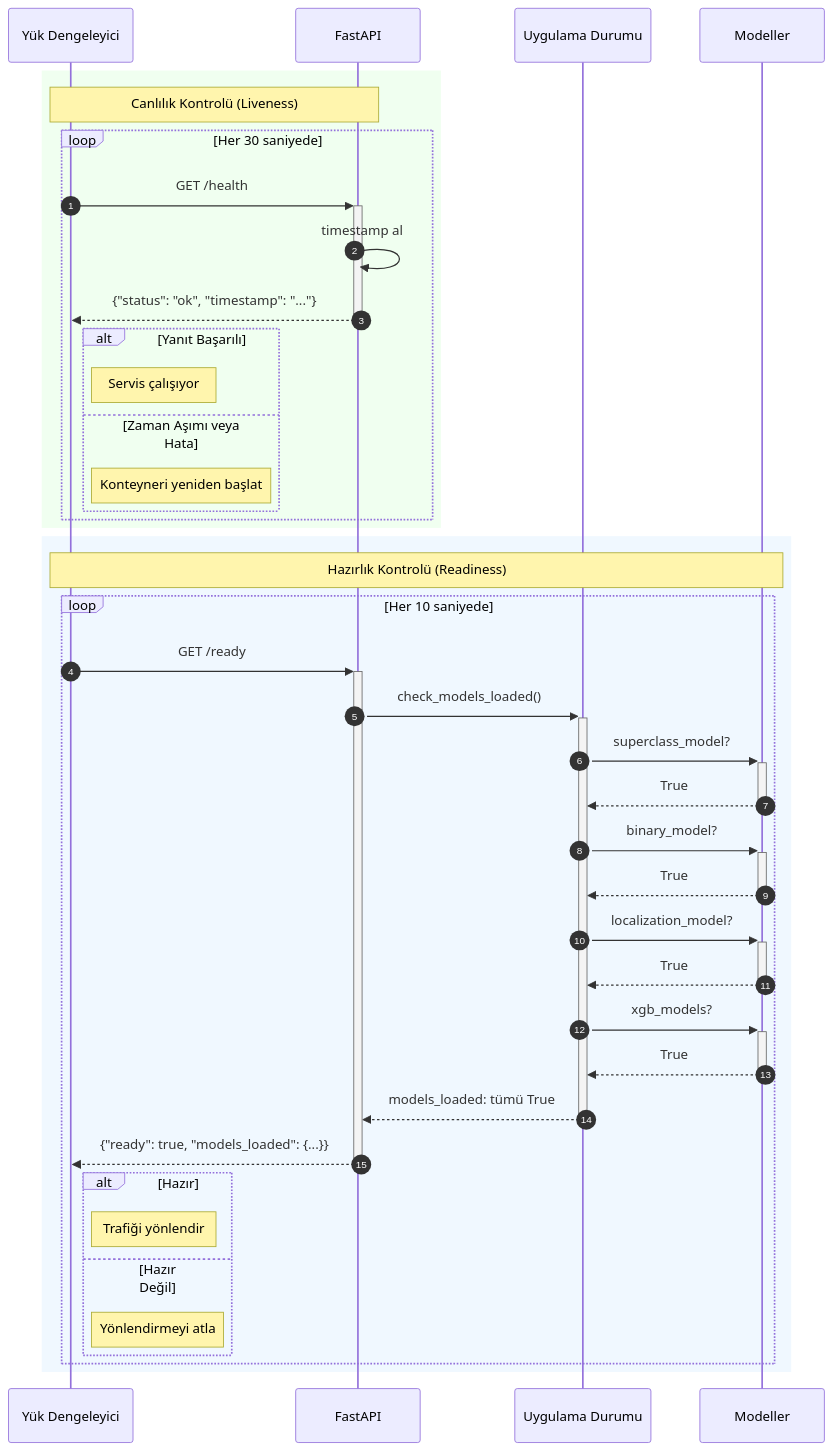
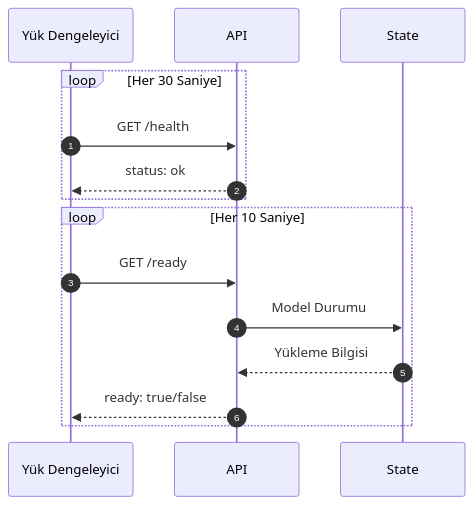
The sixth of 9 diagrams in docs/diagrams/06_sequence_diagram.md (mUsaulug/CardioGuard-AI), drawn with Mermaid before and after one commit. The commit also changed other lines of this file and 5 other files, not shown here.

````diff
--- a/docs/diagrams/06_sequence_diagram.md
+++ b/docs/diagrams/06_sequence_diagram.md
@@ -309,49 +237,19 @@
 ```mermaid
 sequenceDiagram
     autonumber
     participant LB as Yük Dengeleyici
-    participant API as FastAPI
-    participant State as Uygulama Durumu
-    participant Models as Modeller
+    participant API
+    participant State
     
-    rect rgb(240, 255, 240)
-        Note over LB, API: Canlılık Kontrolü (Liveness)
-        loop Her 30 saniyede
-            LB->>+API: GET /health
-            API->>API: timestamp al
-            API-->>-LB: {"status": "ok", "timestamp": "..."}
-            
-            alt Yanıt Başarılı
-                Note right of LB: Servis çalışıyor
-            else Zaman Aşımı veya Hata
-                Note right of LB: Konteyneri yeniden başlat
-            end
-        end
+    loop Her 30 Saniye
+        LB->>API: GET /health
+        API-->>LB: status: ok
     end
     
-    rect rgb(240, 248, 255)
-        Note over LB, Models: Hazırlık Kontrolü (Readiness)
-        loop Her 10 saniyede
-            LB->>+API: GET /ready
-            
-            API->>+State: check_models_loaded()
-            State->>+Models: superclass_model?
-            Models-->>-State: True
-            State->>+Models: binary_model?
-            Models-->>-State: True
-            State->>+Models: localization_model?
-            Models-->>-State: True
-            State->>+Models: xgb_models?
-            Models-->>-State: True
-            State-->>-API: models_loaded: tümü True
-            
-            API-->>-LB: {"ready": true, "models_loaded": {...}}
-            
-            alt Hazır
-                Note right of LB: Trafiği yönlendir
-            else Hazır Değil
-                Note right of LB: Yönlendirmeyi atla
-            end
-        end
+    loop Her 10 Saniye
+        LB->>API: GET /ready
+        API->>State: Model Durumu
+        State-->>API: Yükleme Bilgisi
+        API-->>LB: ready: true/false
     end
 ```
````
